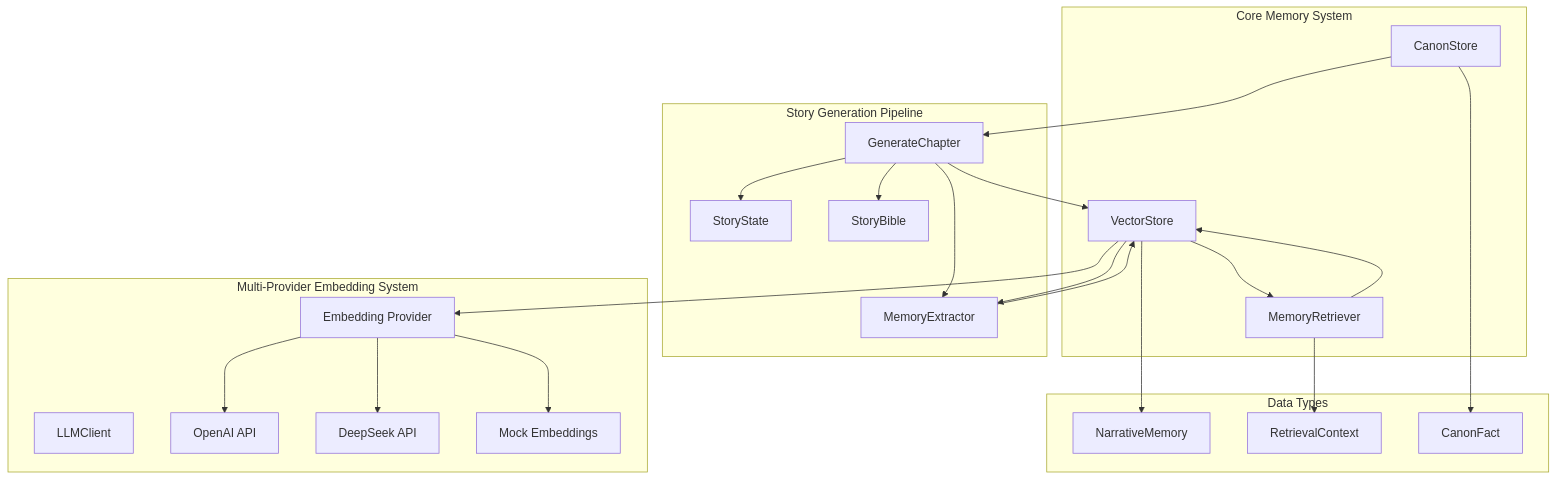
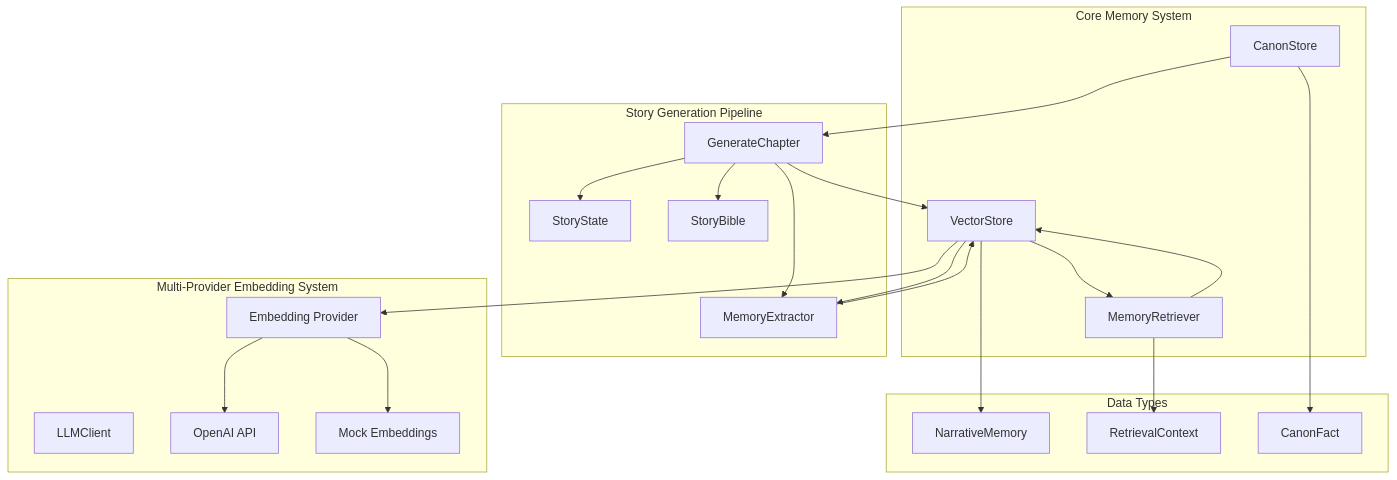
One commit to liwonder/NARRITIVE_OS changed the first of 10 diagrams in .qoder/repowiki/en/content/Memory Management System/Vector Memory System.md. Above: the diagram before and after it, drawn with Mermaid. The commit also changed other lines of this file and 12 other files, not shown here.

````diff
--- a/.qoder/repowiki/en/content/Memory Management System/Vector Memory System.md
+++ b/.qoder/repowiki/en/content/Memory Management System/Vector Memory System.md
@@ -53,42 +54,40 @@
 ```mermaid
 graph TB
 subgraph "Core Memory System"
 VS[VectorStore]
 MR[MemoryRetriever]
 CS[CanonStore]
 end
 subgraph "Story Generation Pipeline"
 GE[GenerateChapter]
 ME[MemoryExtractor]
 ST[StoryState]
 BL[StoryBible]
 end
 subgraph "Multi-Provider Embedding System"
 LLM[LLMClient]
 EMB[Embedding Provider]
 OPENAI[OpenAI API]
-DEEPSEEK[DeepSeek API]
 MOCK[Mock Embeddings]
 end
 subgraph "Data Types"
 NT[NarrativeMemory]
 RC[RetrievalContext]
 CF[CanonFact]
 end
 VS --> MR
 VS --> ME
 CS --> GE
 GE --> VS
 GE --> ME
 ME --> VS
 MR --> VS
 VS --> EMB
 EMB --> OPENAI
-EMB --> DEEPSEEK
 EMB --> MOCK
 GE --> ST
 GE --> BL
 VS --> NT
 MR --> RC
 CS --> CF
 ```
````
